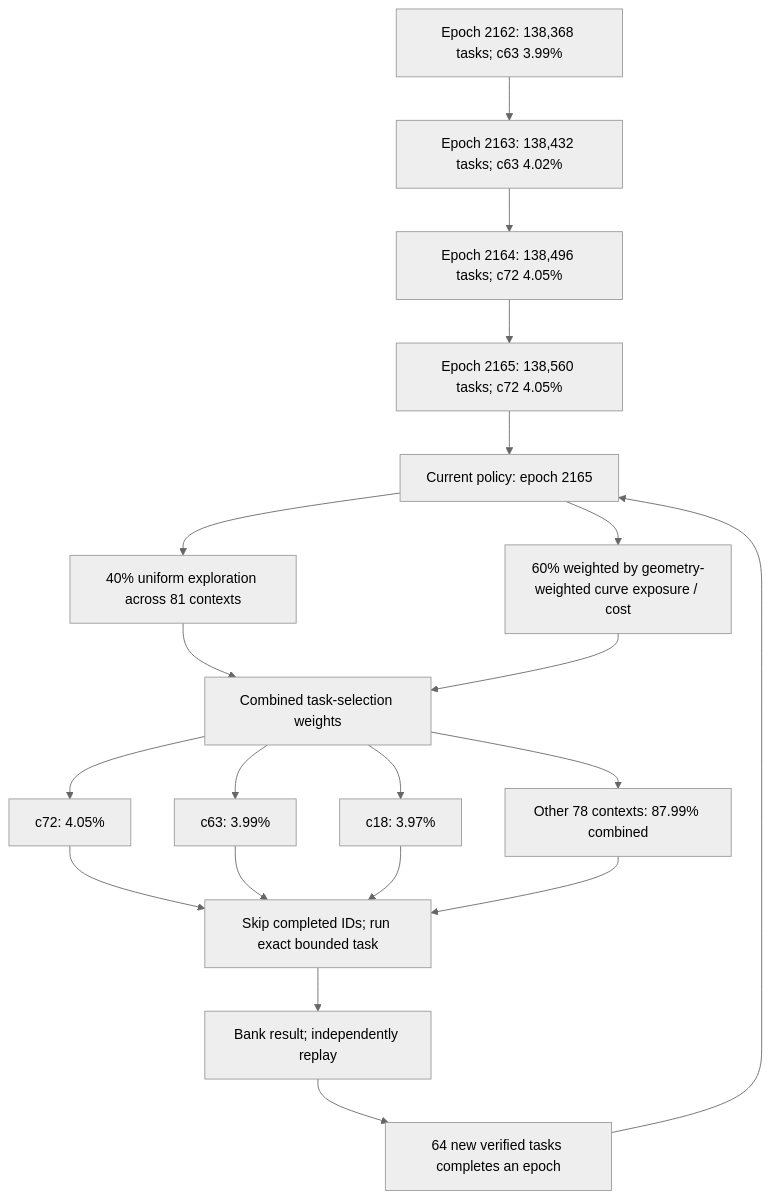
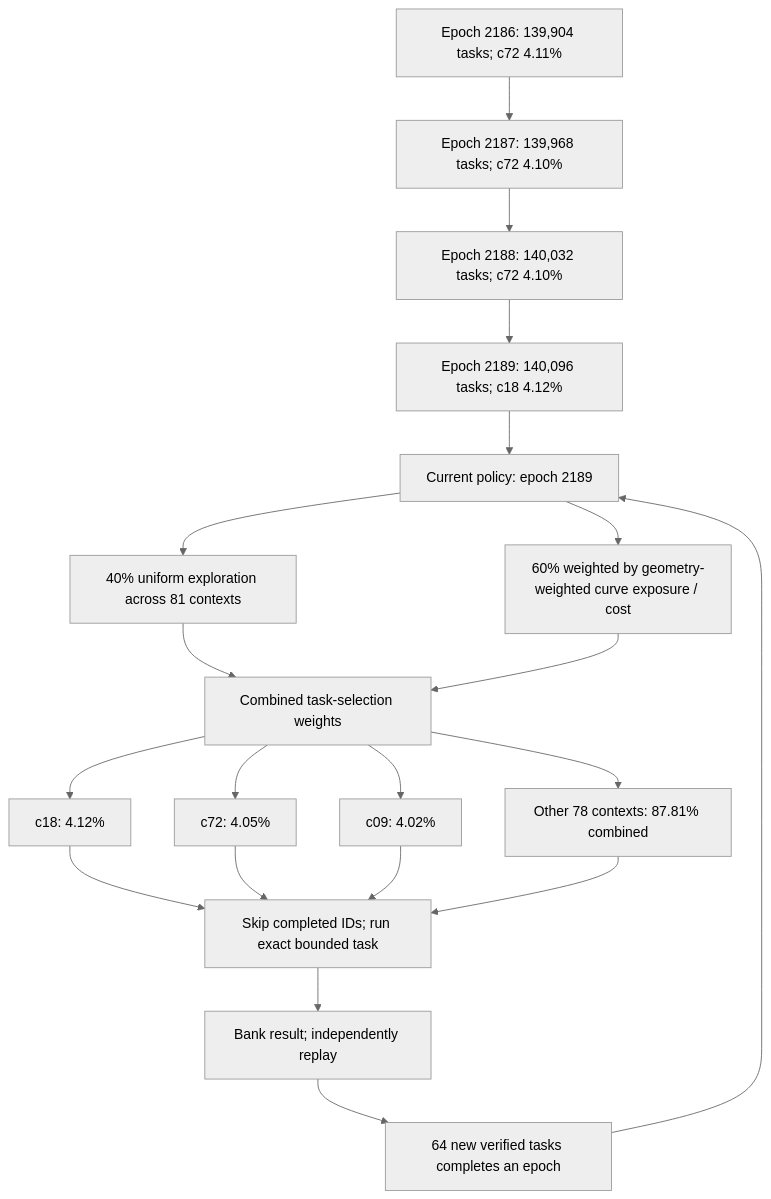
One commit to Kuberwastaken/math-gambling changed the first of 3 diagrams in README.md. Above: the diagram before and after it, drawn with Mermaid (neutral theme). The commit also changed other lines of this file and 3090 other files, not shown here.

````diff
--- a/README.md
+++ b/README.md
@@ -56,27 +56,27 @@
 ```mermaid
 flowchart TD
-    H0["Epoch 2162: 138,368 tasks; c63 3.99%"]
-    H1["Epoch 2163: 138,432 tasks; c63 4.02%"]
+    H0["Epoch 2186: 139,904 tasks; c72 4.11%"]
+    H1["Epoch 2187: 139,968 tasks; c72 4.10%"]
     H0 --> H1
-    H2["Epoch 2164: 138,496 tasks; c72 4.05%"]
+    H2["Epoch 2188: 140,032 tasks; c72 4.10%"]
     H1 --> H2
-    H3["Epoch 2165: 138,560 tasks; c72 4.05%"]
+    H3["Epoch 2189: 140,096 tasks; c18 4.12%"]
     H2 --> H3
-    Policy["Current policy: epoch 2165"]
+    Policy["Current policy: epoch 2189"]
     H3 --> Policy
     Policy --> Explore["40% uniform exploration across 81 contexts"]
     Policy --> Cost["60% weighted by geometry-weighted curve exposure / cost"]
     Explore --> Mix["Combined task-selection weights"]
     Cost --> Mix
-    Mix --> C0["c72: 4.05%"]
-    Mix --> C1["c63: 3.99%"]
-    Mix --> C2["c18: 3.97%"]
-    Mix --> Rest["Other 78 contexts: 87.99% combined"]
+    Mix --> C0["c18: 4.12%"]
+    Mix --> C1["c72: 4.05%"]
+    Mix --> C2["c09: 4.02%"]
+    Mix --> Rest["Other 78 contexts: 87.81% combined"]
     C0 --> Check["Skip completed IDs; run exact bounded task"]
     C1 --> Check
     C2 --> Check
     Rest --> Check
     Check --> Replay["Bank result; independently replay"]
     Replay --> Gate["64 new verified tasks completes an epoch"]
     Gate --> Policy
 ```
````
